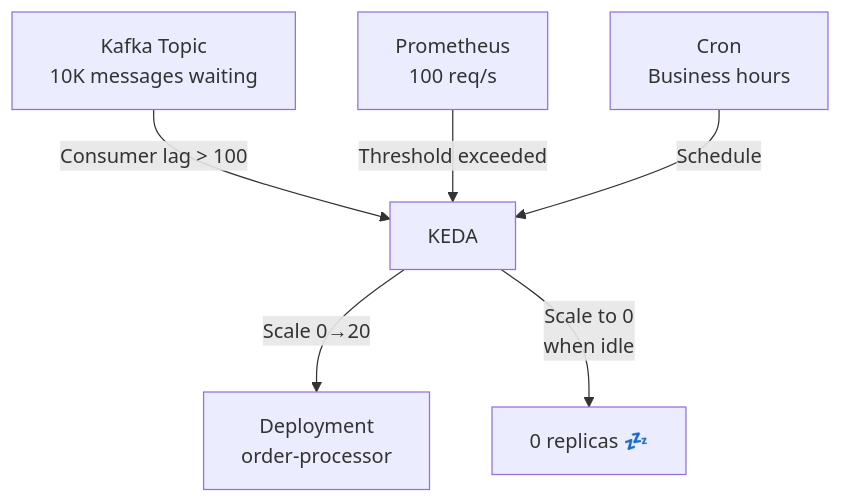
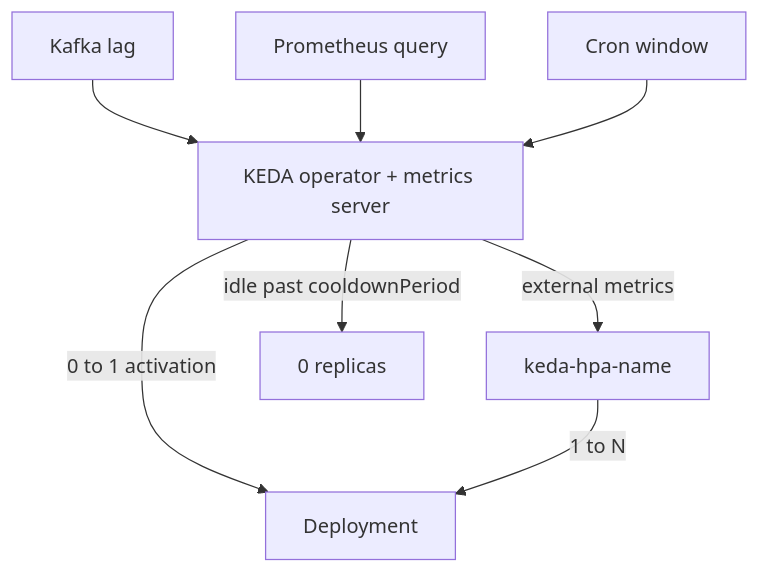
One commit to greg4fun/kubernetesrecipes.github.io changed the diagram in src/content/recipes/kubernetes-keda-event-driven-autoscaling.md. Above: the diagram before and after it, drawn with Mermaid. The commit also changed other lines of this file and 403 other files, not shown here.

````diff
--- a/src/content/recipes/kubernetes-keda-event-driven-autoscaling.md
+++ b/src/content/recipes/kubernetes-keda-event-driven-autoscaling.md
@@ -95,9 +277,10 @@
 ```mermaid
 graph TD
-    KAFKA[Kafka Topic<br/>10K messages waiting] -->|Consumer lag > 100| KEDA[KEDA]
-    PROM[Prometheus<br/>100 req/s] -->|Threshold exceeded| KEDA
-    CRON[Cron<br/>Business hours] -->|Schedule| KEDA
-    
-    KEDA -->|Scale 0→20| DEPLOY[Deployment<br/>order-processor]
-    KEDA -->|Scale to 0<br/>when idle| ZERO[0 replicas 💤]
+    KAFKA[Kafka lag] --> KEDA[KEDA operator + metrics server]
+    PROM[Prometheus query] --> KEDA
+    CRON[Cron window] --> KEDA
+    KEDA -->|0 to 1 activation| DEPLOY[Deployment]
+    KEDA -->|external metrics| HPA[keda-hpa-name]
+    HPA -->|1 to N| DEPLOY
+    KEDA -->|idle past cooldownPeriod| ZERO[0 replicas]
 ```
````
